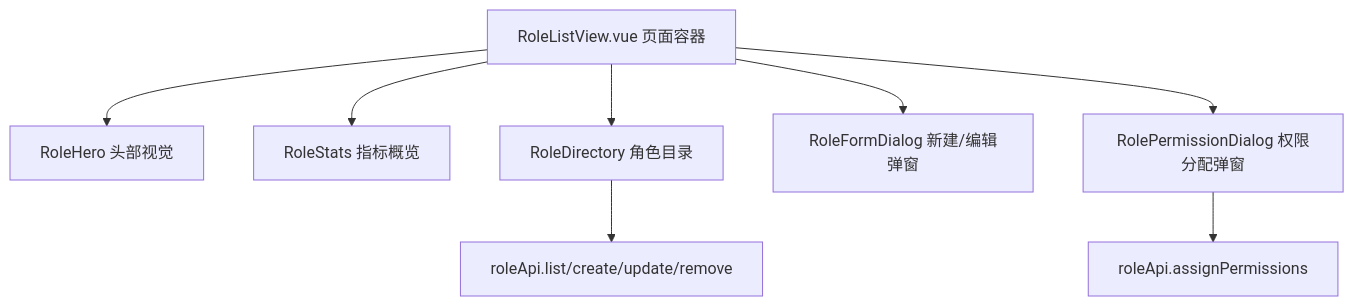
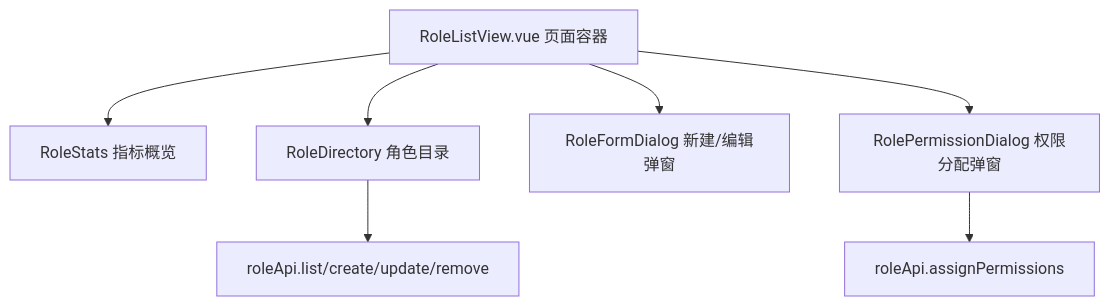
One commit to yiting001/E-sports-01 changed the fifth of 6 diagrams in docs/rbac.md. Above: the diagram before and after it, drawn with Mermaid. The commit also changed other lines of this file and 91 other files, not shown here.

````diff
--- a/docs/rbac.md
+++ b/docs/rbac.md
@@ -185,10 +186,9 @@
 ```mermaid
 flowchart TD
-  Page["RoleListView.vue 页面容器"] --> Hero["RoleHero 头部视觉"]
-  Page --> Stats["RoleStats 指标概览"]
+  Page["RoleListView.vue 页面容器"] --> Stats["RoleStats 指标概览"]
   Page --> Directory["RoleDirectory 角色目录"]
   Page --> FormDialog["RoleFormDialog 新建/编辑弹窗"]
   Page --> PermissionDialog["RolePermissionDialog 权限分配弹窗"]
   Directory --> RoleApi["roleApi.list/create/update/remove"]
   PermissionDialog --> AssignApi["roleApi.assignPermissions"]
 ```
````
